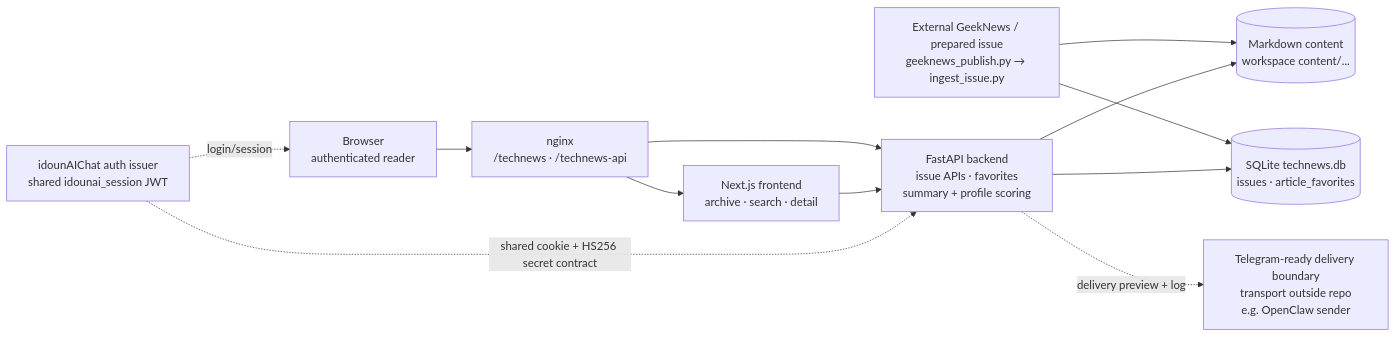
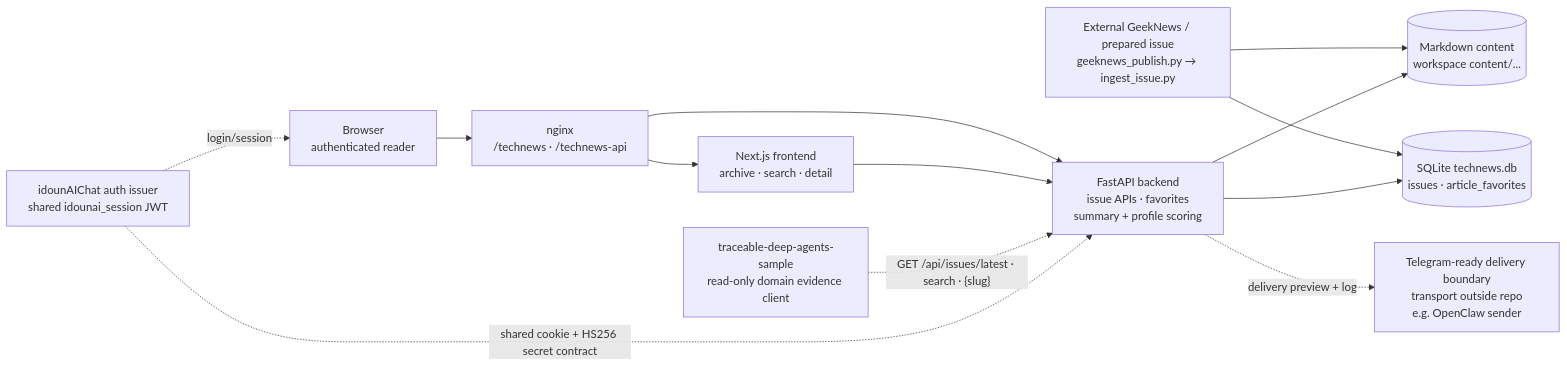
Before and after one commit to idoun/personal-tech-radar: the diagram in README.ko.md, drawn with Mermaid. The commit also changed other lines of this file and 2 other files, not shown here.

Commit message:
docs: align Personal Tech Radar portfolio architecture

````diff
--- a/README.ko.md
+++ b/README.ko.md
@@ -47,17 +60,18 @@
 ```mermaid
 flowchart LR
     Browser["Browser<br/>authenticated reader"] --> Nginx["nginx<br/>/technews · /technews-api"]
     Nginx --> Web["Next.js frontend<br/>archive · search · detail"]
     Nginx --> API["FastAPI backend<br/>issue APIs · favorites<br/>summary + profile scoring"]
     Web --> API
+    Sample["traceable-deep-agents-sample<br/>read-only domain evidence client"] -. "GET /api/issues/latest · search · {slug}" .-> API
 
     Auth["idounAIChat auth issuer<br/>shared idounai_session JWT"] -. "login/session" .-> Browser
     Auth -. "shared cookie + HS256 secret contract" .-> API
 
     Publisher["External GeekNews / prepared issue<br/>geeknews_publish.py → ingest_issue.py"] --> Content[("Markdown content<br/>workspace content/...")]
     Publisher --> DB[("SQLite technews.db<br/>issues · article_favorites")]
     API --> Content
     API --> DB
 
     API -. "delivery preview + log" .-> Delivery["Telegram-ready delivery boundary<br/>transport outside repo<br/>e.g. OpenClaw sender"]
 ```
````
